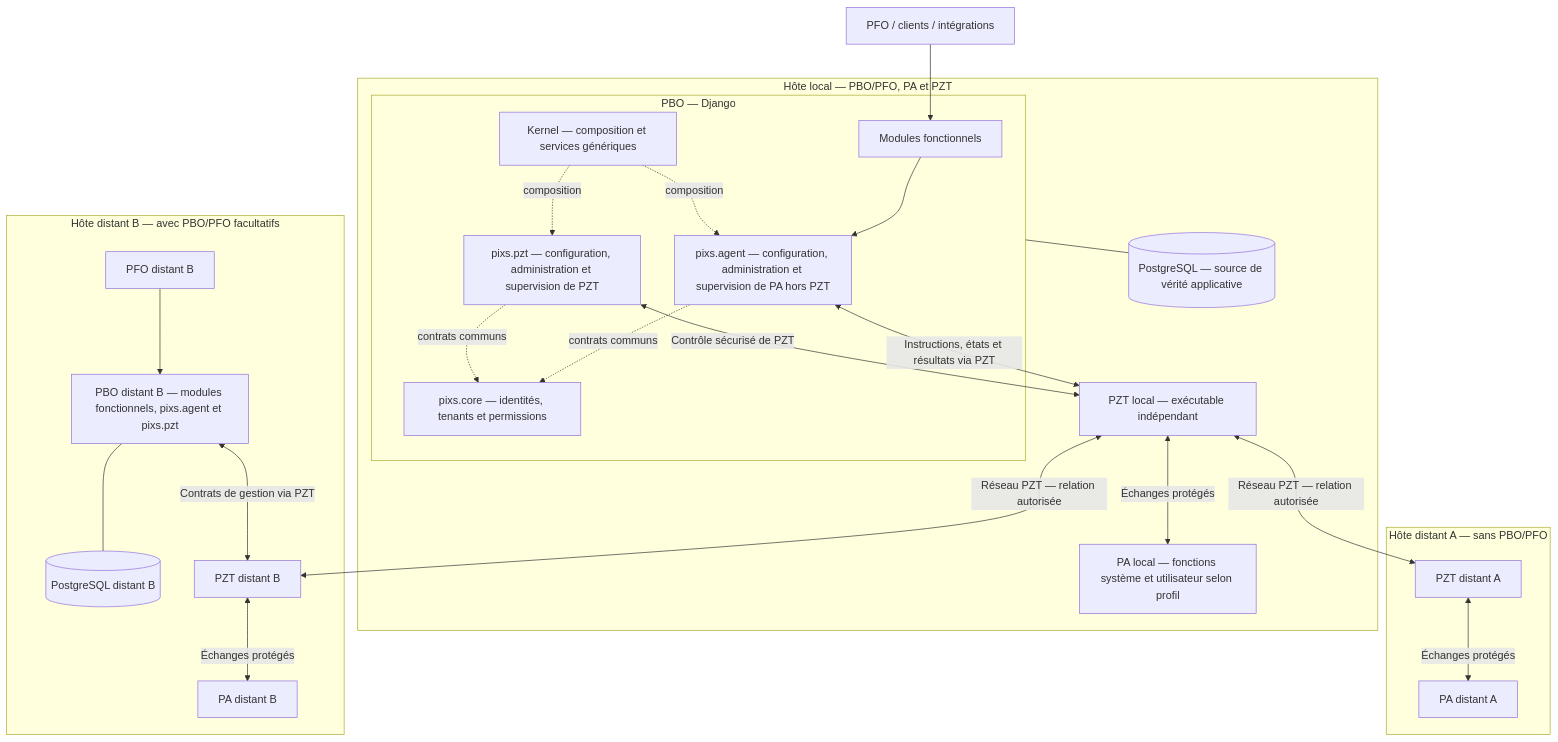
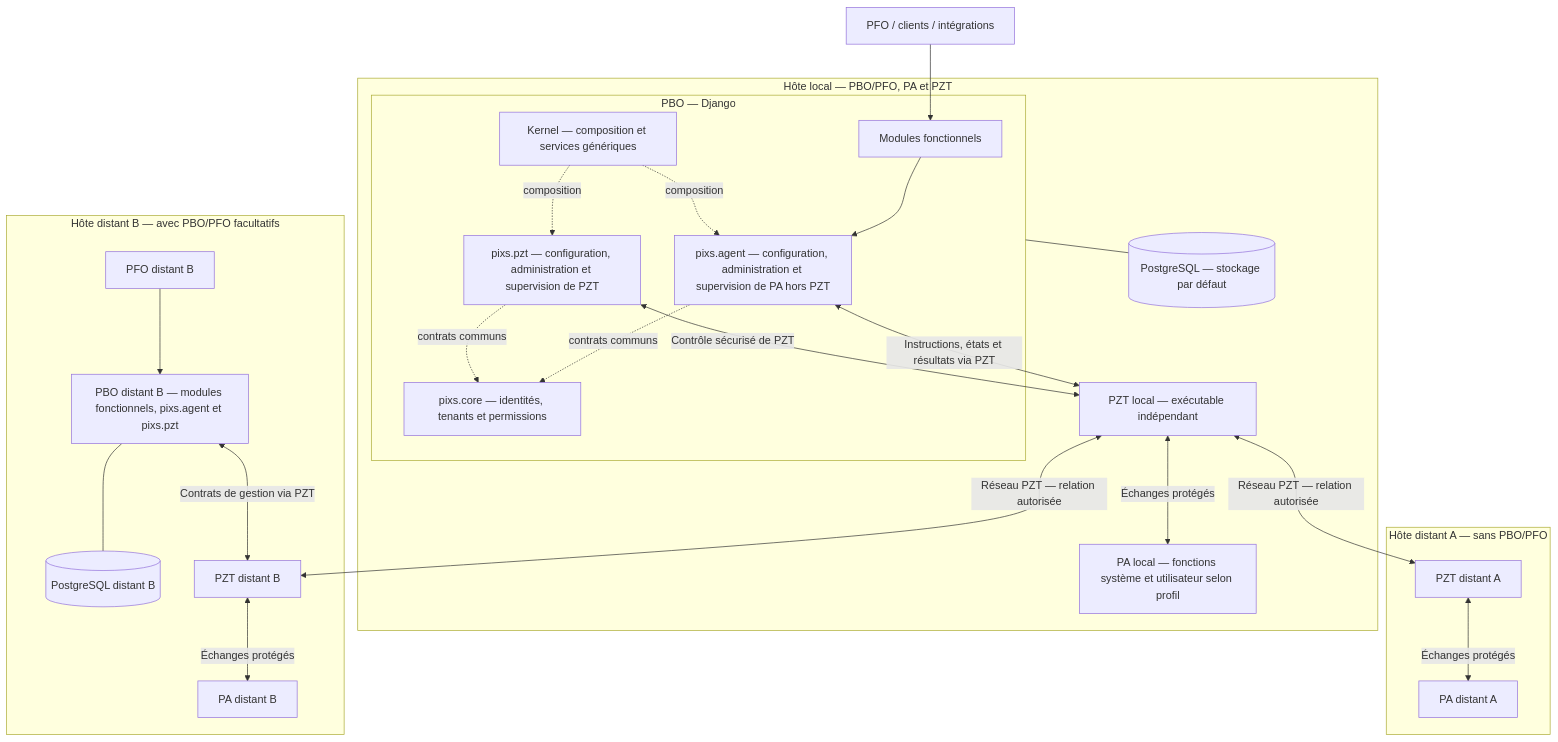
Before and after one commit to AzenorPixs/pixs: the diagram in README.md, drawn with Mermaid. The commit also changed other lines of this file and 277 other files, not shown here.

````diff
--- a/README.md
+++ b/README.md
@@ -42,44 +54,44 @@
 ```mermaid
 flowchart TB
     U["PFO / clients / intégrations"]
     subgraph H["Hôte local — PBO/PFO, PA et PZT"]
         subgraph B["PBO — Django"]
             M["Modules fonctionnels"]
             A["pixs.agent — configuration, administration et supervision de PA hors PZT"]
             Z["pixs.pzt — configuration, administration et supervision de PZT"]
             C["pixs.core — identités, tenants et permissions"]
             K["Kernel — composition et services génériques"]
             M --> A
             K -. "composition" .-> A
             K -. "composition" .-> Z
             A -. "contrats communs" .-> C
             Z -. "contrats communs" .-> C
         end
-        D[("PostgreSQL — source de vérité applicative")]
+        D[("PostgreSQL — stockage par défaut")]
         T["PZT local — exécutable indépendant"]
         P["PA local — fonctions système et utilisateur selon profil"]
         B --- D
         A <-->|"Instructions, états et résultats via PZT"| T
         Z <-->|"Contrôle sécurisé de PZT"| T
         T <-->|"Échanges protégés"| P
     end
     U --> M
     subgraph R1["Hôte distant A — sans PBO/PFO"]
         T1["PZT distant A"]
         P1["PA distant A"]
         T1 <-->|"Échanges protégés"| P1
     end
     subgraph R2["Hôte distant B — avec PBO/PFO facultatifs"]
         F2["PFO distant B"]
         B2["PBO distant B — modules fonctionnels, pixs.agent et pixs.pzt"]
         D2[("PostgreSQL distant B")]
         T2["PZT distant B"]
         P2["PA distant B"]
         F2 --> B2
         B2 --- D2
         B2 <-->|"Contrats de gestion via PZT"| T2
         T2 <-->|"Échanges protégés"| P2
     end
     T <-->|"Réseau PZT — relation autorisée"| T1
     T <-->|"Réseau PZT — relation autorisée"| T2
 ```
````
